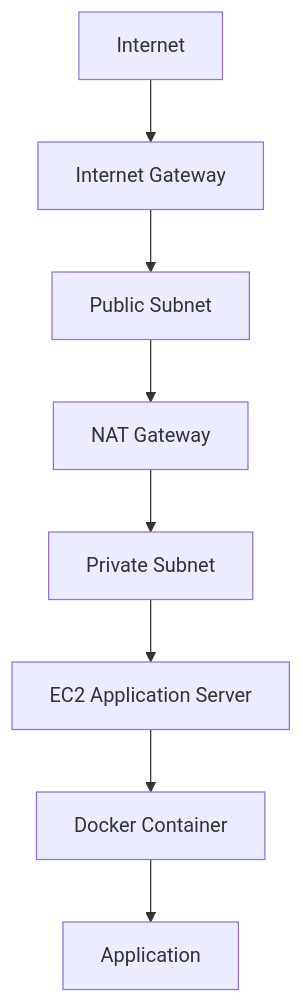
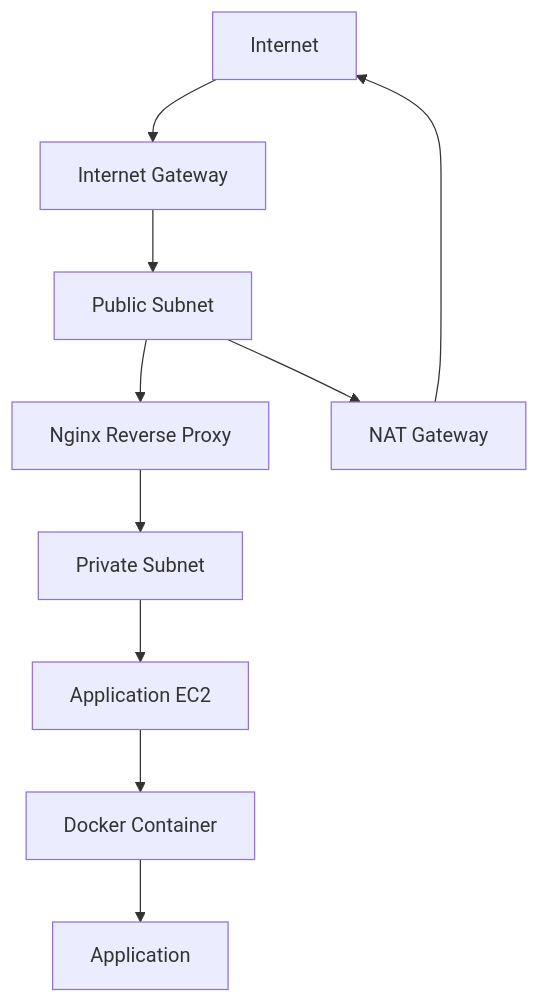
One commit to Billy-lex/production-cloud-infrastructure-platform changed the second of 3 diagrams in README.md. Above: the diagram before and after it, drawn with Mermaid. The commit also changed other lines of this file, not shown here.

Commit message:
docs: update architecture

````diff
--- a/README.md
+++ b/README.md
@@ -80,34 +81,40 @@
 ```mermaid
 graph TD
 
 Internet[Internet]
 
 IGW[Internet Gateway]
 
+Public[Public Subnet]
+
+Nginx[Nginx Reverse Proxy]
+
 NAT[NAT Gateway]
-
-Public[Public Subnet]
 
 Private[Private Subnet]
 
-EC2[EC2 Application Server]
+EC2[Application EC2]
 
 Docker[Docker Container]
 
 App[Application]
 
 Internet --> IGW
 
 IGW --> Public
 
+Public --> Nginx
+
 Public --> NAT
 
-NAT --> Private
+Nginx --> Private
 
 Private --> EC2
 
 EC2 --> Docker
 
 Docker --> App
 
+NAT --> Internet
+
 ```
````
